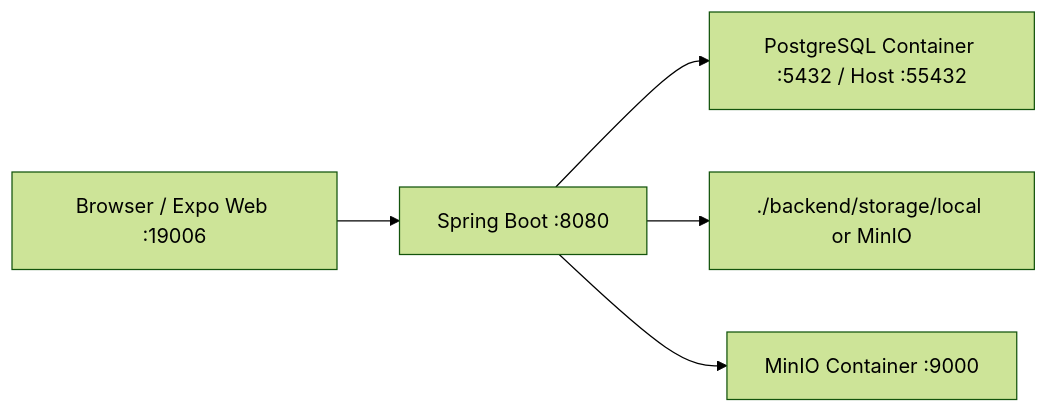
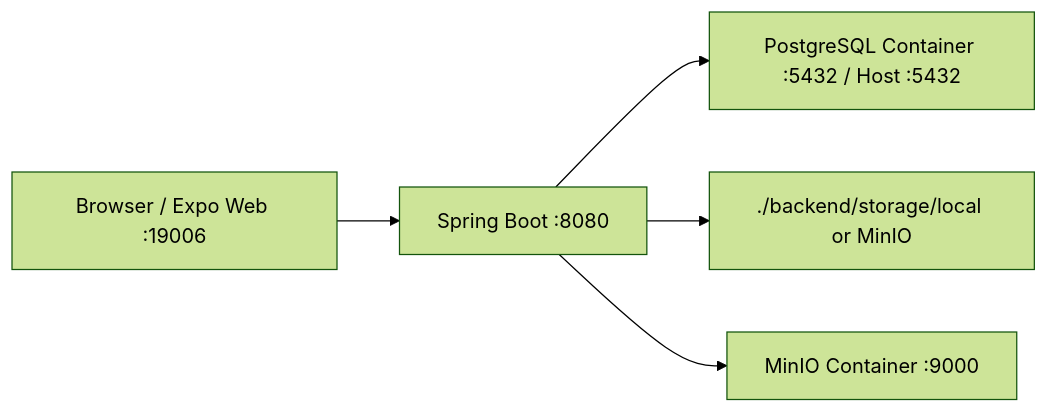
One commit to korearun5/activity-compliance changed diagram 11 of 11 in docs/architecture.md. Above: the diagram before and after it, drawn with Mermaid (forest theme). The commit also changed other lines of this file and 165 other files, not shown here.

````diff
--- a/docs/architecture.md
+++ b/docs/architecture.md
@@ -358,7 +432,7 @@
 ```mermaid
 flowchart LR
     Browser["Browser / Expo Web :19006"] --> Backend["Spring Boot :8080"]
-    Backend --> Postgres["PostgreSQL Container :5432 / Host :55432"]
+    Backend --> Postgres["PostgreSQL Container :5432 / Host :5432"]
     Backend --> Files["./backend/storage/local or MinIO"]
     Backend --> Minio["MinIO Container :9000"]
 ```
````
